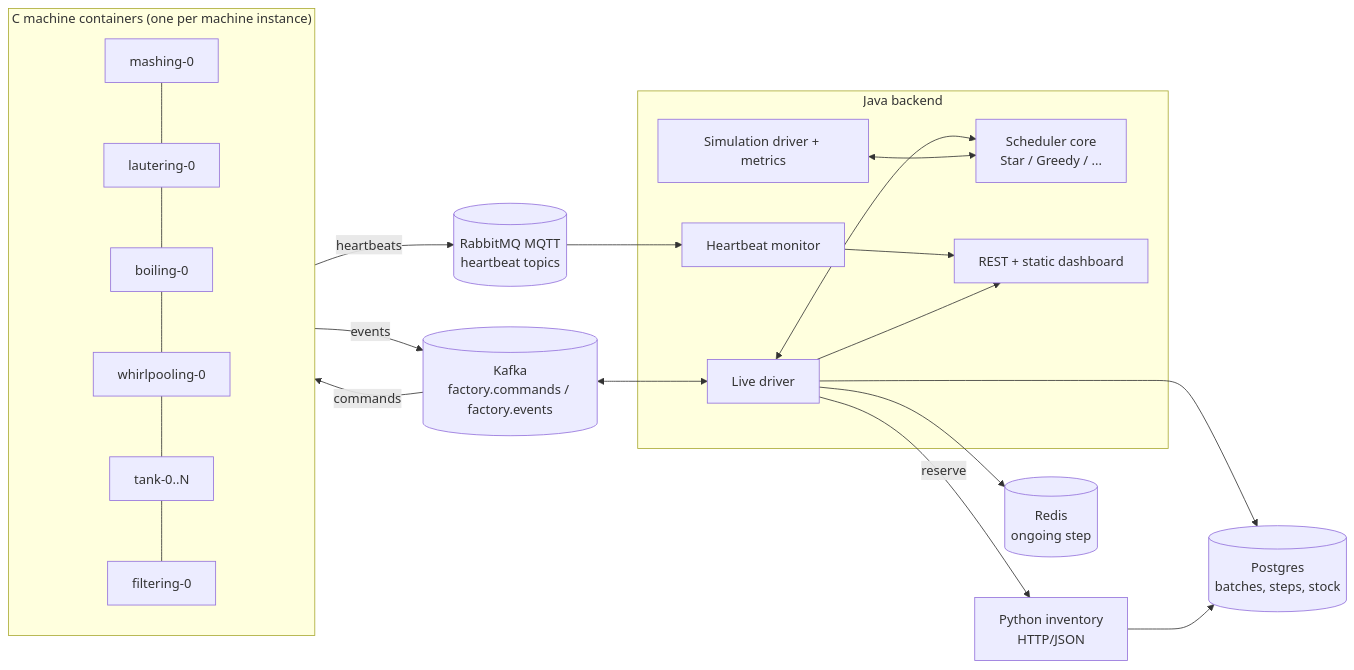
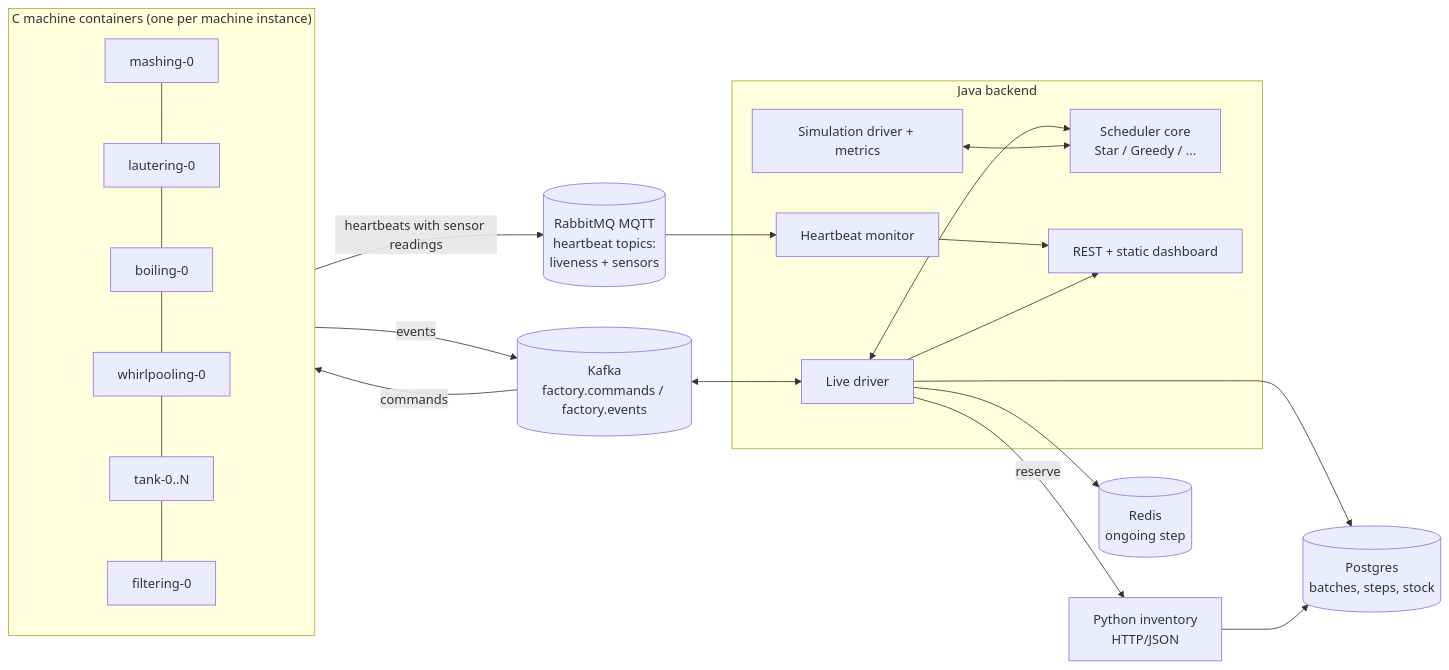
One commit to shallowboii/Advanced-Software-Architecture-Group4 changed the diagram in src/IMPLEMENTATION_PLAN.md. Above: the diagram before and after it, drawn with Mermaid. The commit also changed other lines of this file, not shown here.

First line of the commit message:
docs: plan v2 — Kafka for scheduler-machine only, sensors ride the MQTT heartbeat; mark plan as AI fallback

````diff
--- a/src/IMPLEMENTATION_PLAN.md
+++ b/src/IMPLEMENTATION_PLAN.md
@@ -49,25 +62,25 @@
 ```mermaid
 flowchart LR
   subgraph machines["C machine containers (one per machine instance)"]
     M[mashing-0] --- L[lautering-0] --- B[boiling-0] --- W[whirlpooling-0] --- T[tank-0..N] --- F[filtering-0]
   end
   K[(Kafka<br/>factory.commands / factory.events)]
-  Q[(RabbitMQ MQTT<br/>heartbeat topics)]
+  Q[(RabbitMQ MQTT<br/>heartbeat topics:<br/>liveness + sensors)]
   subgraph backend["Java backend"]
     S[Scheduler core<br/>Star / Greedy / ...]
     LD[Live driver]
     SD[Simulation driver + metrics]
     HM[Heartbeat monitor]
     API[REST + static dashboard]
   end
   INV[Python inventory<br/>HTTP/JSON]
   PG[(Postgres<br/>batches, steps, stock)]
   RD[(Redis<br/>ongoing step)]
   machines -- events --> K -- commands --> machines
   K <--> LD <--> S
   SD <--> S
-  machines -- heartbeats --> Q --> HM
+  machines -- heartbeats with sensor readings --> Q --> HM
   LD --> PG & RD
   LD -- reserve --> INV --> PG
   HM & LD --> API
 ```
````
